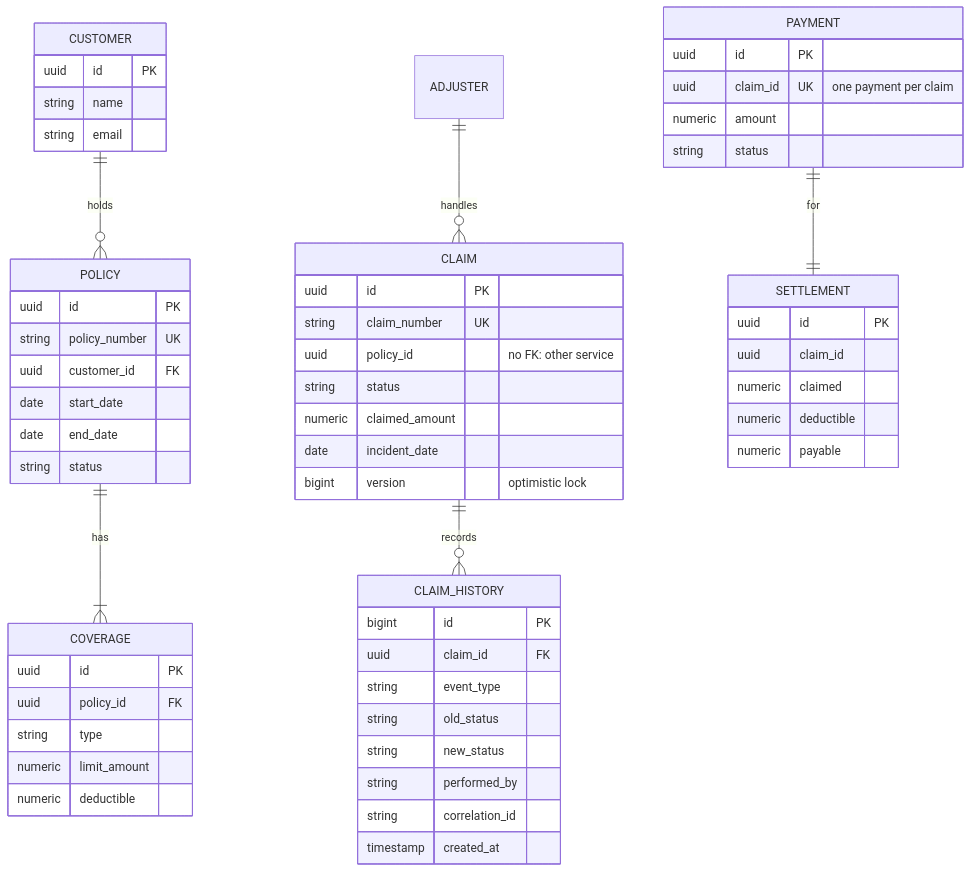
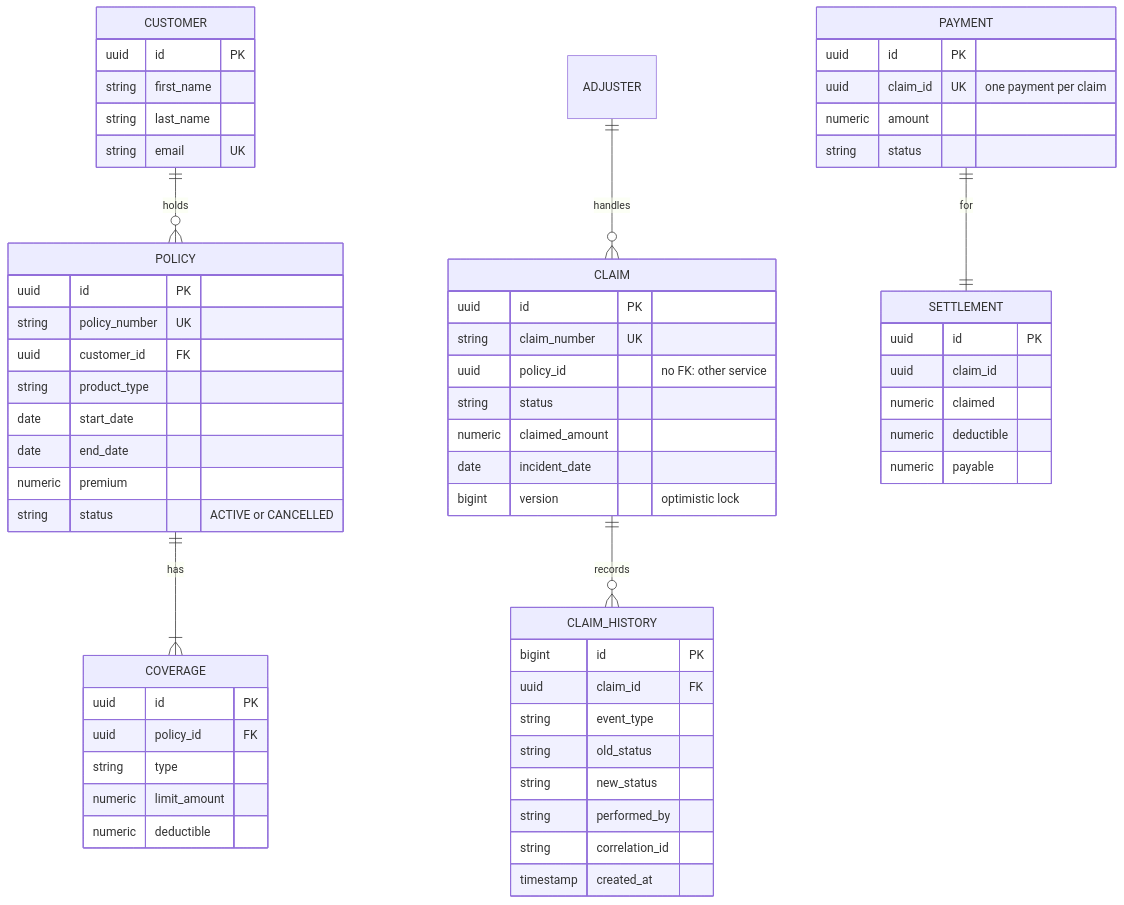
One commit to rajdeephere/claimflow changed the fifth of 5 diagrams in docs/system-design.md. Above: the diagram before and after it, drawn with Mermaid. The commit also changed other lines of this file and 36 other files, not shown here.

````diff
--- a/docs/system-design.md
+++ b/docs/system-design.md
@@ -180,47 +182,50 @@
 ```mermaid
 erDiagram
     CUSTOMER ||--o{ POLICY : holds
     POLICY ||--|{ COVERAGE : has
     CLAIM ||--o{ CLAIM_HISTORY : records
     ADJUSTER ||--o{ CLAIM : handles
     PAYMENT ||--|| SETTLEMENT : for
 
     CUSTOMER { uuid id PK
-               string name
-               string email }
+               string first_name
+               string last_name
+               string email UK }
     POLICY { uuid id PK
              string policy_number UK
              uuid customer_id FK
+             string product_type
              date start_date
              date end_date
-             string status }
+             numeric premium
+             string status "ACTIVE or CANCELLED" }
     COVERAGE { uuid id PK
                uuid policy_id FK
                string type
                numeric limit_amount
                numeric deductible }
     CLAIM { uuid id PK
             string claim_number UK
             uuid policy_id "no FK: other service"
             string status
             numeric claimed_amount
             date incident_date
             bigint version "optimistic lock" }
     CLAIM_HISTORY { bigint id PK
                     uuid claim_id FK
                     string event_type
                     string old_status
                     string new_status
                     string performed_by
                     string correlation_id
                     timestamp created_at }
     PAYMENT { uuid id PK
               uuid claim_id UK "one payment per claim"
               numeric amount
               string status }
     SETTLEMENT { uuid id PK
                  uuid claim_id
                  numeric claimed
                  numeric deductible
                  numeric payable }
 ```
````
